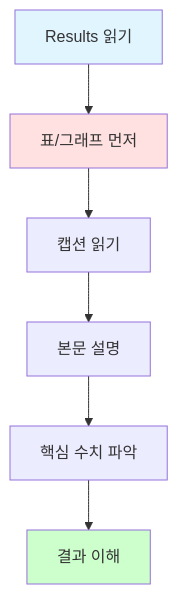
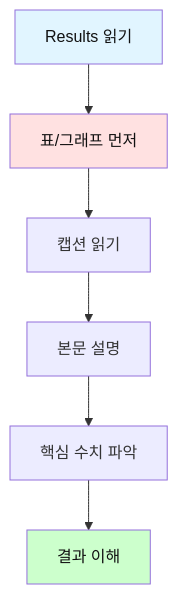
One commit to Collegenie-X/AI-English changed the seventh of 12 diagrams in 영어_독해/03_논문_독해_패턴.md. Above: the diagram before and after it, drawn with Mermaid. The commit also changed other lines of this file and 26 other files, not shown here.

````diff
--- a/영어_독해/03_논문_독해_패턴.md
+++ b/영어_독해/03_논문_독해_패턴.md
@@ -239,12 +310,12 @@
 ```mermaid
 graph TD
     A[Results 읽기] --> B[표/그래프 먼저]
     B --> C[캡션 읽기]
     C --> D[본문 설명]
     D --> E[핵심 수치 파악]
     E --> F[결과 이해]
     
-    style A fill:#e1f5ff
-    style B fill:#ffe1e1
-    style F fill:#ccffcc
+    style A fill:#e1f5ff,color:#111
+    style B fill:#ffe1e1,color:#111
+    style F fill:#ccffcc,color:#111
 ```
````
